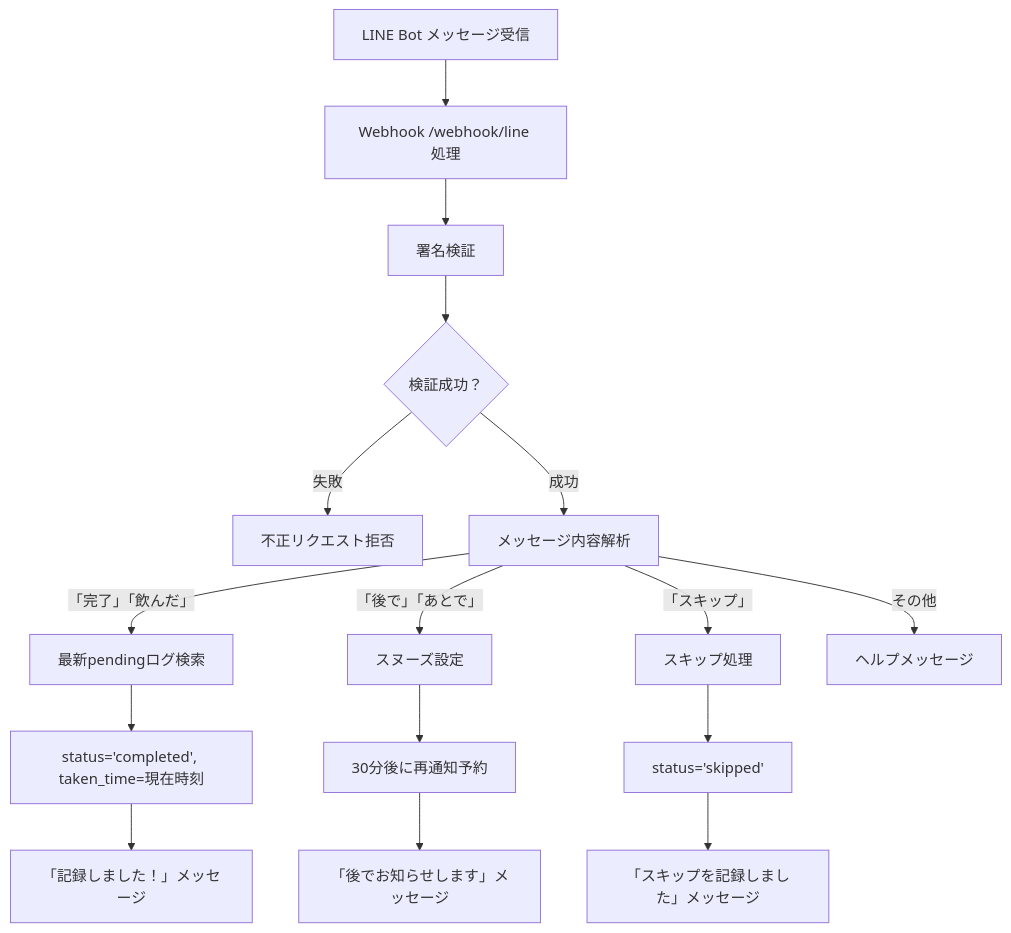
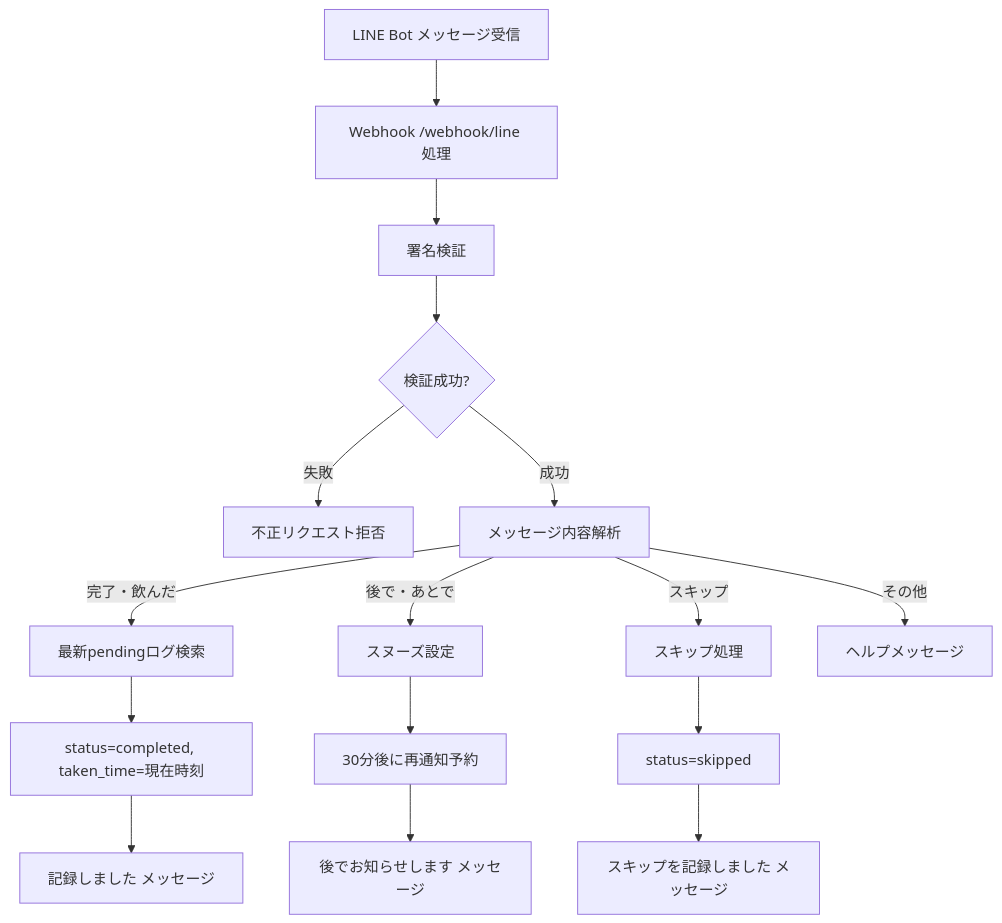
One commit to UtakataKyosui/RecommendMedicineServer changed the tenth of 42 diagrams in features-flow.md. Above: the diagram before and after it, drawn with Mermaid. The commit also changed other lines of this file, not shown here.

First line of the commit message:
docs: Update features-flow.md

````diff
--- a/features-flow.md
+++ b/features-flow.md
@@ -199,18 +199,18 @@
 ```mermaid
 graph TD
     A[LINE Bot メッセージ受信] --> B[Webhook /webhook/line 処理]
     B --> C[署名検証]
-    C --> D{検証成功？}
+    C --> D{検証成功?}
     D -->|失敗| E[不正リクエスト拒否]
     D -->|成功| F[メッセージ内容解析]
-    F -->|「完了」「飲んだ」| G[最新pendingログ検索]
-    F -->|「後で」「あとで」| H[スヌーズ設定]
-    F -->|「スキップ」| I[スキップ処理]
+    F -->|完了・飲んだ| G[最新pendingログ検索]
+    F -->|後で・あとで| H[スヌーズ設定]
+    F -->|スキップ| I[スキップ処理]
     F -->|その他| J[ヘルプメッセージ]
-    G --> K[status='completed', taken_time=現在時刻]
+    G --> K[status=completed, taken_time=現在時刻]
     H --> L[30分後に再通知予約]
-    I --> M[status='skipped']
-    K --> N[「記録しました！」メッセージ]
-    L --> O[「後でお知らせします」メッセージ]
-    M --> P[「スキップを記録しました」メッセージ]
+    I --> M[status=skipped]
+    K --> N[記録しました メッセージ]
+    L --> O[後でお知らせします メッセージ]
+    M --> P[スキップを記録しました メッセージ]
 ```
````
